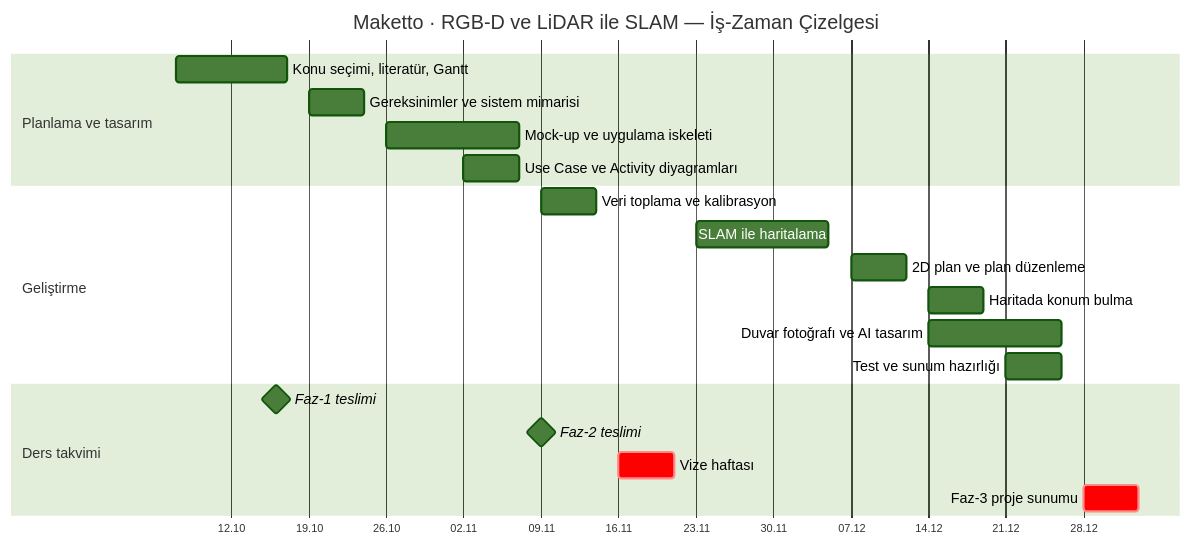
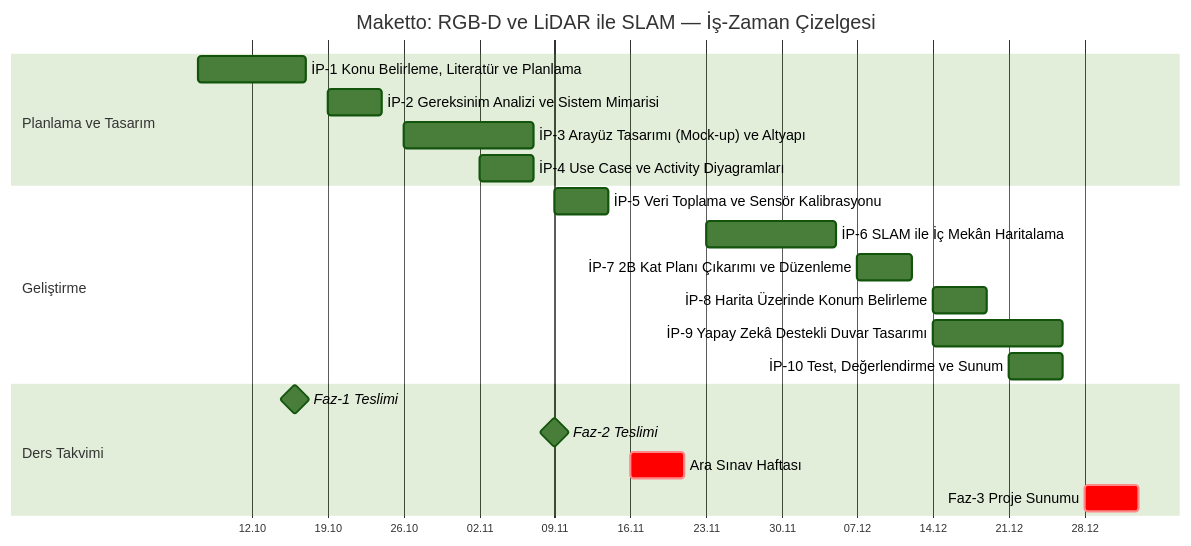
The diagram in GANTT.md (ismetaba/Maketto), drawn with Mermaid (forest theme) before and after one commit. The commit also changed other lines of this file and 1 other file, not shown here.

First line of the commit message:
Use formal wording and numbered work packages in the Gantt plan

````diff
--- a/GANTT.md
+++ b/GANTT.md
@@ -8,29 +16,29 @@
 ```mermaid
-%%{init: {"gantt": {"leftPadding": 150, "barHeight": 24, "barGap": 6, "fontSize": 13, "sectionFontSize": 13, "numberSectionStyles": 3}}}%%
+%%{init: {"gantt": {"leftPadding": 170, "barHeight": 24, "barGap": 6, "fontSize": 13, "sectionFontSize": 13, "numberSectionStyles": 3}}}%%
 gantt
-    title Maketto · RGB-D ve LiDAR ile SLAM — İş-Zaman Çizelgesi
+    title Maketto: RGB-D ve LiDAR ile SLAM — İş-Zaman Çizelgesi
     dateFormat YYYY-MM-DD
     axisFormat %d.%m
     tickInterval 1week
     weekday monday
 
-    section Planlama ve tasarım
-    Konu seçimi, literatür, Gantt          :2026-10-07, 10d
-    Gereksinimler ve sistem mimarisi       :2026-10-19, 5d
-    Mock-up ve uygulama iskeleti           :2026-10-26, 12d
-    Use Case ve Activity diyagramları      :2026-11-02, 5d
+    section Planlama ve Tasarım
+    İP-1 Konu Belirleme, Literatür ve Planlama  :2026-10-07, 10d
+    İP-2 Gereksinim Analizi ve Sistem Mimarisi  :2026-10-19, 5d
+    İP-3 Arayüz Tasarımı (Mock-up) ve Altyapı   :2026-10-26, 12d
+    İP-4 Use Case ve Activity Diyagramları      :2026-11-02, 5d
 
     section Geliştirme
-    Veri toplama ve kalibrasyon            :2026-11-09, 5d
-    SLAM ile haritalama                    :2026-11-23, 12d
-    2D plan ve plan düzenleme              :2026-12-07, 5d
-    Haritada konum bulma                   :2026-12-14, 5d
-    Duvar fotoğrafı ve AI tasarım          :2026-12-14, 12d
-    Test ve sunum hazırlığı                :2026-12-21, 5d
+    İP-5 Veri Toplama ve Sensör Kalibrasyonu    :2026-11-09, 5d
+    İP-6 SLAM ile İç Mekân Haritalama           :2026-11-23, 12d
+    İP-7 2B Kat Planı Çıkarımı ve Düzenleme     :2026-12-07, 5d
+    İP-8 Harita Üzerinde Konum Belirleme        :2026-12-14, 5d
+    İP-9 Yapay Zekâ Destekli Duvar Tasarımı     :2026-12-14, 12d
+    İP-10 Test, Değerlendirme ve Sunum          :2026-12-21, 5d
 
-    section Ders takvimi
-    Faz-1 teslimi                          :milestone, 2026-10-16, 0d
-    Faz-2 teslimi                          :milestone, 2026-11-09, 0d
-    Vize haftası                           :crit, 2026-11-16, 5d
-    Faz-3 proje sunumu                     :crit, 2026-12-28, 5d
+    section Ders Takvimi
+    Faz-1 Teslimi                               :milestone, 2026-10-16, 0d
+    Faz-2 Teslimi                               :milestone, 2026-11-09, 0d
+    Ara Sınav Haftası                           :crit, 2026-11-16, 5d
+    Faz-3 Proje Sunumu                          :crit, 2026-12-28, 5d
 ```
````
